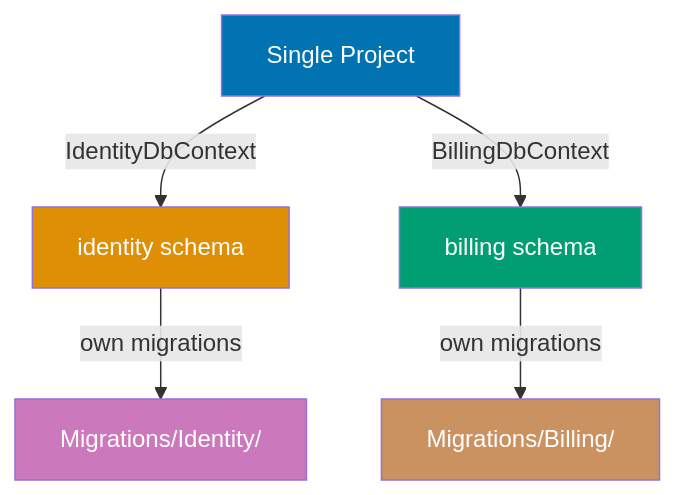
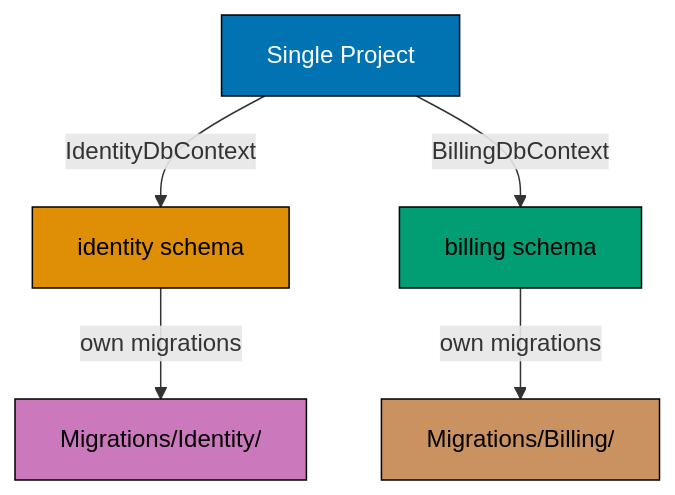
The second of 5 diagrams in apps/ayokoding-www/content/en/learn/legacy/software-engineering/data/tools/csharp-ef-core/by-example/intermediate.md (wahidyankf/ose-public), drawn with Mermaid before and after one commit. The commit also changed other lines of this file and 131 other files, not shown here.

First line of the commit message:
fix(mermaid): bring the legacy data, infrastructure, and testing diagrams onto the accessible palette

````diff
--- a/apps/ayokoding-www/content/en/learn/legacy/software-engineering/data/tools/csharp-ef-core/by-example/intermediate.md
+++ b/apps/ayokoding-www/content/en/learn/legacy/software-engineering/data/tools/csharp-ef-core/by-example/intermediate.md
@@ -219,14 +226,22 @@
 ```mermaid
 %% Color Palette: Blue #0173B2, Orange #DE8F05, Teal #029E73, Purple #CC78BC, Brown #CA9161
 graph TD
+    accTitle: Example 34: Multiple DbContexts in One Project
+    accDescr: Graph with 5 nodes and 4 connections. Nodes: Single Project, identity schema, billing schema, Migrations/Identity/, Migrations/Billing/. Connections: Single Project to identity schema (IdentityDbContext), Single Project to billing schema (BillingDbContext), identity schema to Migrations/Identity/ (own migrations), billing schema to Migrations/Billing/ (own migrations).
     A[Single Project] -->|IdentityDbContext| B[identity schema]
     A -->|BillingDbContext| C[billing schema]
     B -->|own migrations| D[Migrations/Identity/]
     C -->|own migrations| E[Migrations/Billing/]
 
-    style A fill:#0173B2,color:#fff
-    style B fill:#DE8F05,color:#fff
-    style C fill:#029E73,color:#fff
-    style D fill:#CC78BC,color:#fff
-    style E fill:#CA9161,color:#fff
+    classDef pal-0173B2 fill:#0173B2,stroke:#000000,color:#FFFFFF
+    class A pal-0173B2
+    classDef pal-DE8F05 fill:#DE8F05,stroke:#000000,color:#000000
+    class B pal-DE8F05
+    classDef pal-029E73 fill:#029E73,stroke:#000000,color:#000000
+    class C pal-029E73
+    classDef pal-CC78BC fill:#CC78BC,stroke:#000000,color:#000000
+    class D pal-CC78BC
+    classDef pal-CA9161 fill:#CA9161,stroke:#000000,color:#000000
+    class E pal-CA9161
+    classDef default fill:#FFFFFF,stroke:#000000,color:#000000
 ```
````
